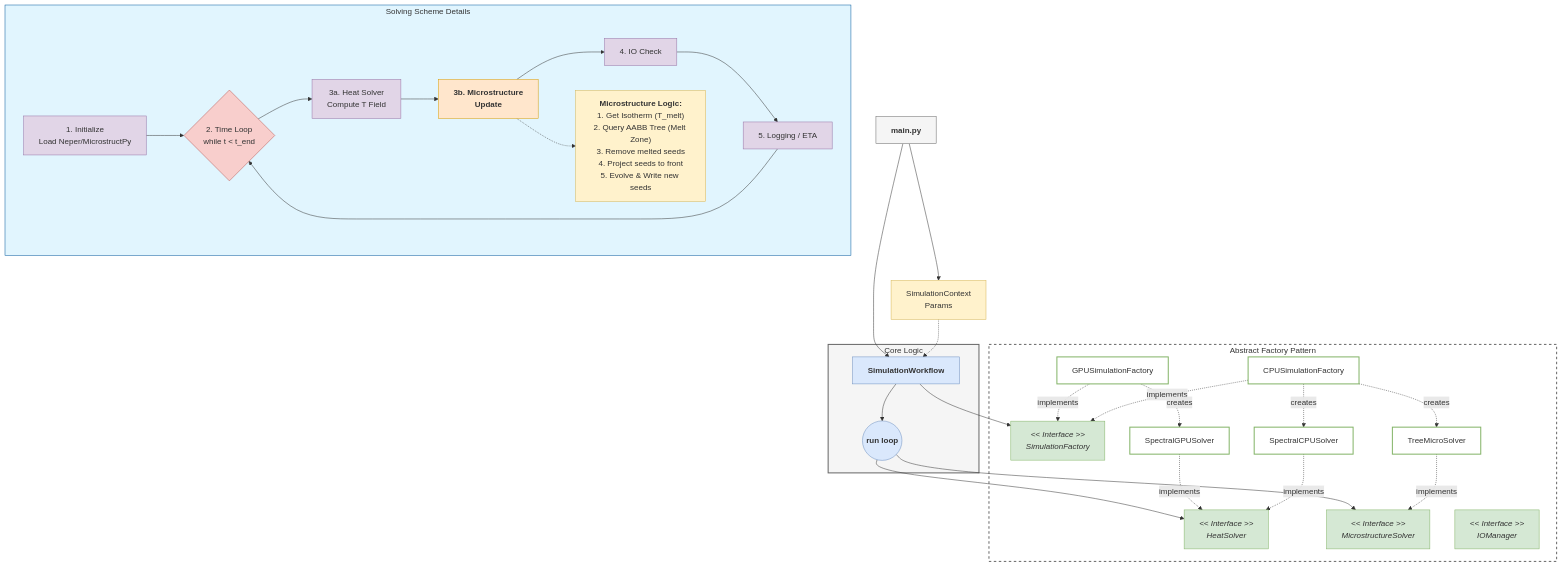
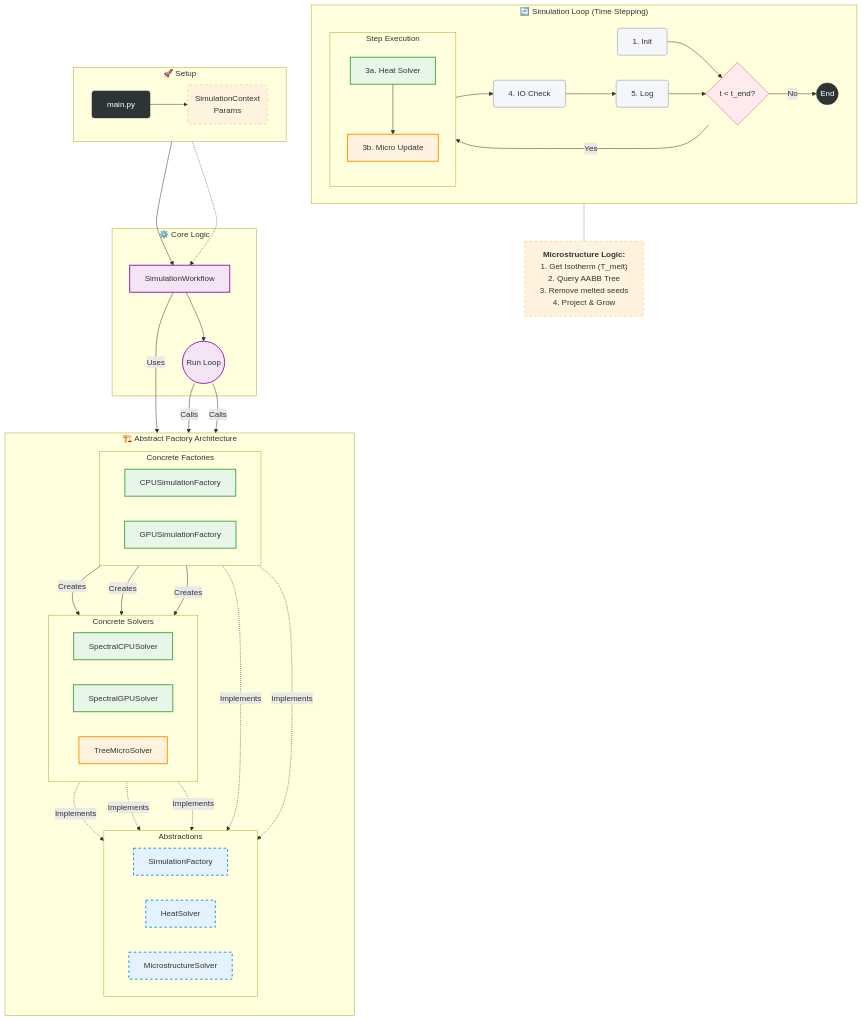
Before and after one commit to manasvupadhyay/spectral_galerkin_heat: the diagram in docs/ARCHITECTURE.md, drawn with Mermaid.

````diff
--- a/docs/ARCHITECTURE.md
+++ b/docs/ARCHITECTURE.md
@@ -45,91 +45,108 @@
 ```mermaid
-graph TD
-    %% Main Entry Points
-    Main[main.py]:::main
-    Context[SimulationContext<br/>Params]:::note
-    
-    Main --> Context
+flowchart TD
+    %% --- Styles ---
+    classDef default font-family:Arial,color:#333;
+    classDef main fill:#2d3436,stroke:#2d3436,color:#fff,rx:5,ry:5;
+    classDef note fill:#fff3e0,stroke:#ffb74d,stroke-dasharray: 5 5;
+    classDef interface fill:#e3f2fd,stroke:#2196f3,stroke-width:2px,stroke-dasharray: 5 5;
+    classDef impl fill:#e8f5e9,stroke:#4caf50,stroke-width:2px;
+    classDef core fill:#f3e5f5,stroke:#9c27b0,stroke-width:2px;
+    classDef micro fill:#fff3e0,stroke:#ff9800,stroke-width:2px;
+    classDef step fill:#f5f6fa,stroke:#7f8fa6,rx:5,ry:5;
+    classDef decision fill:#ffebee,stroke:#ef5350,shape:diamond;
 
-    %% Core Logic Container
-    subgraph Core[Core Logic]
-        style Core fill:#f5f5f5,stroke:#666666,stroke-width:2px
+    %% --- 1. Entry & Context ---
+    subgraph Setup ["🚀 Setup"]
+        direction LR
+        Main[main.py]:::main
+        Context(SimulationContext<br/>Params):::note
+        Main --> Context
+    end
+
+    %% --- 2. Core Logic ---
+    subgraph Core ["⚙️ Core Logic"]
         Workflow[SimulationWorkflow]:::core
-        RunLoop((run loop)):::core
+        RunLoop((Run Loop)):::core
+        
+        Main --> Workflow
+        Context -.-> Workflow
         Workflow --> RunLoop
     end
-    
-    %% Main Connections
-    Context -.-> Workflow
-    Main --> Workflow
 
-    %% Abstract Factory Pattern
-    subgraph FactoryPattern[Abstract Factory Pattern]
-        style FactoryPattern fill:#ffffff,stroke:#666666,stroke-width:2px,stroke-dasharray: 5 5
+    %% --- 3. Architecture (Abstract Factory) ---
+    subgraph Architecture ["🏗️ Abstract Factory Architecture"]
+        direction TB
+        
+        %% Layer 1: Interfaces
+        subgraph Interfaces ["Abstractions"]
+            direction LR
+            ISimFactory["SimulationFactory"]:::interface
+            IHeat["HeatSolver"]:::interface
+            IMicro["MicrostructureSolver"]:::interface
+        end
 
-        %% Interfaces
-        ISimFactory["<< Interface >><br/>SimulationFactory"]:::interface
-        IHeatSolver["<< Interface >><br/>HeatSolver"]:::interface
-        IMicroSolver["<< Interface >><br/>MicrostructureSolver"]:::interface
-        IIOManager["<< Interface >><br/>IOManager"]:::interface
+        %% Layer 2: Concrete Factories
+        subgraph Factories ["Concrete Factories"]
+            direction LR
+            CPUFact[CPUSimulationFactory]:::impl
+            GPUFact[GPUSimulationFactory]:::impl
+        end
 
-        %% Concrete Factories
-        CPUFact[CPUSimulationFactory]:::impl
-        GPUFact[GPUSimulationFactory]:::impl
+        %% Layer 3: Concrete Products
+        subgraph Solvers ["Concrete Solvers"]
+            direction LR
+            CPUSolv[SpectralCPUSolver]:::impl
+            GPUSolv[SpectralGPUSolver]:::impl
+            TreeSolv[TreeMicroSolver]:::micro
+        end
 
-        %% Concrete Solvers
-        CPUSolver[SpectralCPUSolver]:::impl
-        GPUSolver[SpectralGPUSolver]:::impl
-        MicroSolver[TreeMicroSolver]:::impl
+        %% Wiring Architecture
+        Workflow -->|Uses| ISimFactory
+        RunLoop -->|Calls| IHeat & IMicro
 
-        %% Relationships
-        CPUFact -.->|implements| ISimFactory
-        GPUFact -.->|implements| ISimFactory
+        %% Implementation Links
+        CPUFact -.->|Implements| ISimFactory
+        GPUFact -.->|Implements| ISimFactory
         
-        CPUFact -.->|creates| CPUSolver
-        GPUFact -.->|creates| GPUSolver
-        CPUFact -.->|creates| MicroSolver
-        
-        CPUSolver -.->|implements| IHeatSolver
-        GPUSolver -.->|implements| IHeatSolver
-        MicroSolver -.->|implements| IMicroSolver
+        CPUSolv -.->|Implements| IHeat
+        GPUSolv -.->|Implements| IHeat
+        TreeSolv -.->|Implements| IMicro
+
+        %% Creation Links
+        CPUFact -->|Creates| CPUSolv & TreeSolv
+        GPUFact -->|Creates| GPUSolv
     end
 
-    %% Workflow usage of factories
-    Workflow --> ISimFactory
-    RunLoop --> IHeatSolver
-    RunLoop --> IMicroSolver
+    %% --- 4. Process Flow ---
+    subgraph Process ["🔄 Simulation Loop (Time Stepping)"]
+        direction LR
+        Init[1. Init]:::step
+        TimeCheck{t < t_end?}:::decision
+        
+        subgraph Steps ["Step Execution"]
+            direction TB
+            HeatStep[3a. Heat Solver]:::impl
+            MicroStep[3b. Micro Update]:::micro
+        end
+        
+        IOCheck[4. IO Check]:::step
+        Log[5. Log]:::step
 
-    %% Solving Scheme Details
-    subgraph Scheme[Solving Scheme Details]
-        style Scheme fill:#e1f5fe,stroke:#01579b
-
-        Init[1. Initialize<br/>Load Neper/MicrostructPy]:::step
-        TimeLoop{2. Time Loop<br/>while t < t_end}:::decision
-        HeatStep[3a. Heat Solver<br/>Compute T Field]:::step
-        MicroStep[3b. Microstructure<br/>Update]:::micro
-        IOCheck[4. IO Check]:::step
-        Log[5. Logging / ETA]:::step
-        
-        %% Microstructure Detail logic
-        MicroLogic["<b>Microstructure Logic:</b><br/>1. Get Isotherm (T_melt)<br/>2. Query AABB Tree (Melt Zone)<br/>3. Remove melted seeds<br/>4. Project seeds to front<br/>5. Evolve & Write new seeds"]:::note
-
-        Init --> TimeLoop
-        TimeLoop --> HeatStep
+        Init --> TimeCheck
+        TimeCheck -->|Yes| HeatStep
         HeatStep --> MicroStep
         MicroStep --> IOCheck
         IOCheck --> Log
-        Log --> TimeLoop
-        
-        MicroStep -.-> MicroLogic
+        Log --> TimeCheck
+        TimeCheck -->|No| Done((End)):::main
     end
 
-    %% Classes
-    classDef main fill:#f5f5f5,stroke:#666666,font-weight:bold;
-    classDef note fill:#fff2cc,stroke:#d6b656,stroke-width:1px;
-    classDef core fill:#dae8fc,stroke:#6c8ebf,font-weight:bold;
-    classDef interface fill:#d5e8d4,stroke:#82b366,font-style:italic;
-    classDef impl fill:#ffffff,stroke:#82b366,stroke-width:2px;
-    classDef step fill:#e1d5e7,stroke:#9673a6;
-    classDef decision fill:#f8cecc,stroke:#b85450,shape:rhombus;
-    classDef micro fill:#ffe6cc,stroke:#d79b00,font-weight:bold;
+    %% --- Logic Note ---
+    MicroDetail["<b>Microstructure Logic:</b>
+    1. Get Isotherm (T_melt)
+    2. Query AABB Tree
+    3. Remove melted seeds
+    4. Project & Grow"]:::note
+    
+    MicroStep -.- MicroDetail
 ```
````
